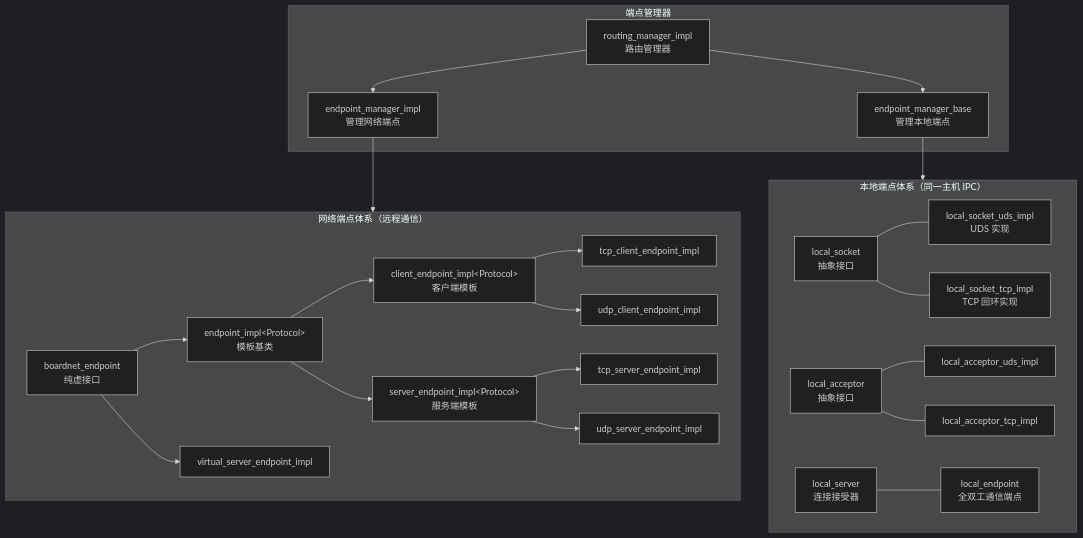
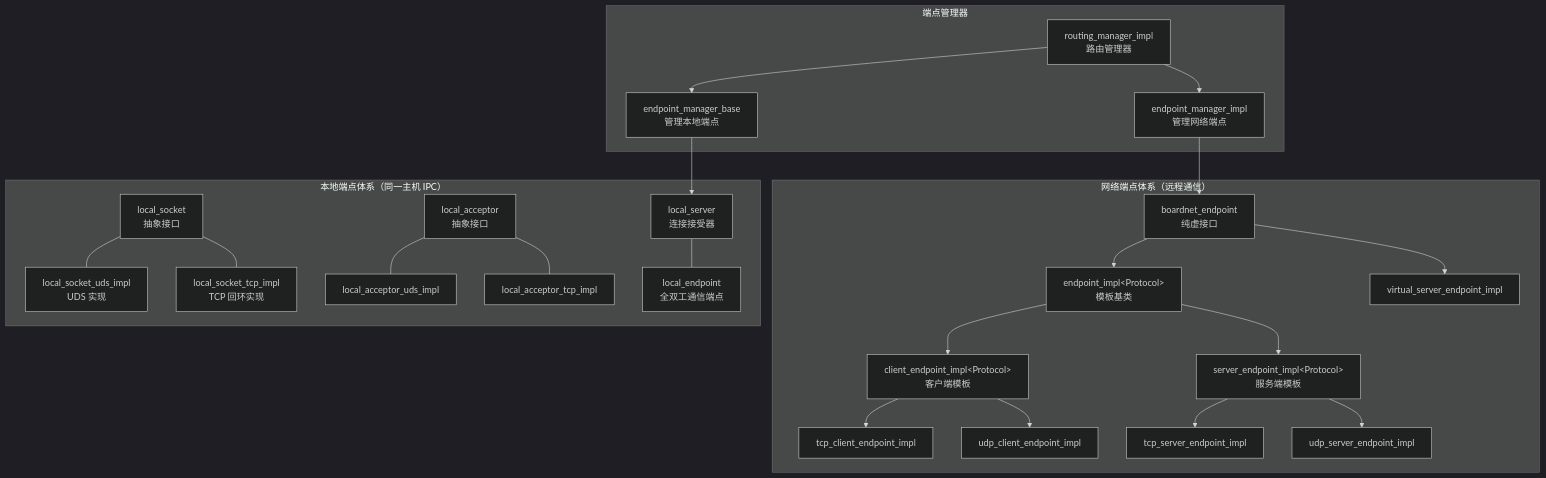
One commit to zhuhairong/vsomeip changed the first of 21 diagrams in zhr/readme_ep.md. Above: the diagram before and after it, drawn with Mermaid (dark theme). The commit also changed other lines of this file, not shown here.

````diff
--- a/zhr/readme_ep.md
+++ b/zhr/readme_ep.md
@@ -35,53 +35,53 @@
 ```mermaid
 graph TB
     subgraph NETWORK["网络端点体系（远程通信）"]
         BE[boardnet_endpoint<br/>纯虚接口]
         EI[endpoint_impl&lt;Protocol&gt;<br/>模板基类]
         CI[client_endpoint_impl&lt;Protocol&gt;<br/>客户端模板]
         SI[server_endpoint_impl&lt;Protocol&gt;<br/>服务端模板]
         TCPC[tcp_client_endpoint_impl]
         UDPC[udp_client_endpoint_impl]
         TCPS[tcp_server_endpoint_impl]
         UDPS[udp_server_endpoint_impl]
         VSE[virtual_server_endpoint_impl]
 
         BE --> EI
         EI --> CI
         EI --> SI
         CI --> TCPC
         CI --> UDPC
         SI --> TCPS
         SI --> UDPS
         BE --> VSE
     end
 
     subgraph LOCAL["本地端点体系（同一主机 IPC）"]
         LS[local_socket<br/>抽象接口]
         LU[local_socket_uds_impl<br/>UDS 实现]
         LT[local_socket_tcp_impl<br/>TCP 回环实现]
 
         LA[local_acceptor<br/>抽象接口]
         LAU[local_acceptor_uds_impl]
         LAT[local_acceptor_tcp_impl]
 
         LSRV[local_server<br/>连接接受器]
         LEP[local_endpoint<br/>全双工通信端点]
 
         LS --- LU
         LS --- LT
         LA --- LAU
         LA --- LAT
         LSRV --- LEP
     end
 
     subgraph MANAGER["端点管理器"]
         EMI[endpoint_manager_impl<br/>管理网络端点]
         EMB[endpoint_manager_base<br/>管理本地端点]
         RM[routing_manager_impl<br/>路由管理器]
     end
 
     RM --> EMI
     RM --> EMB
-    EMI --> NETWORK
-    EMB --> LOCAL
+    EMI --> BE
+    EMB --> LSRV
 ```
````
